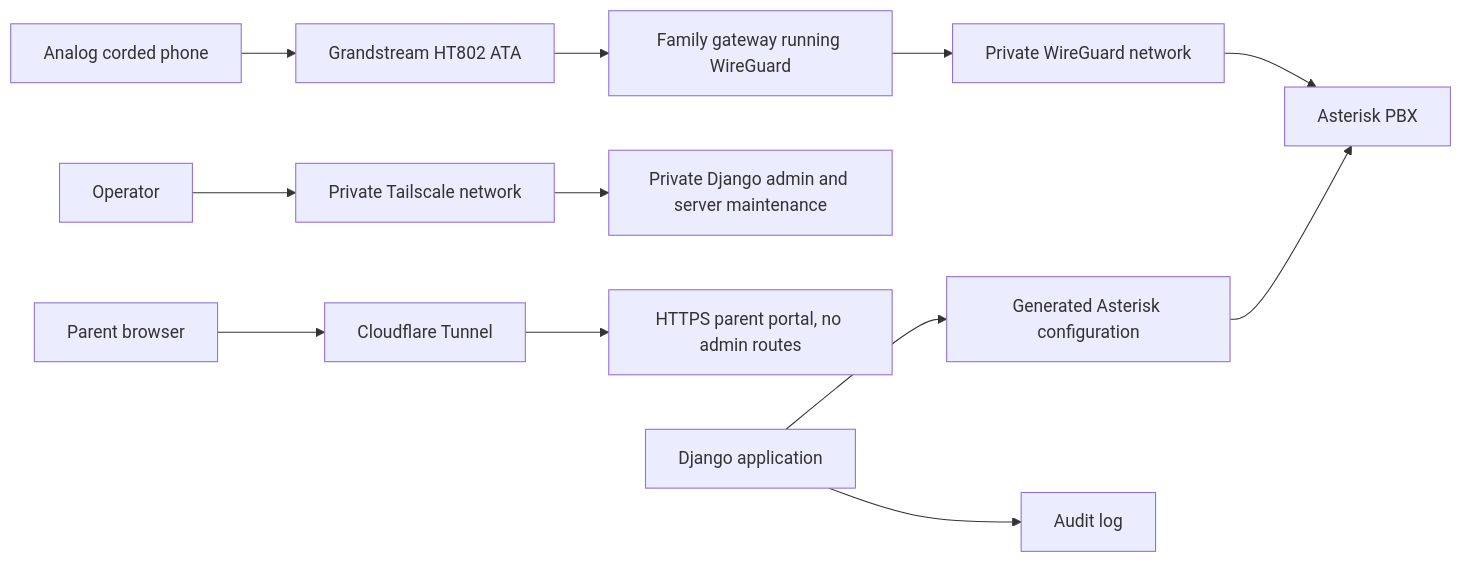
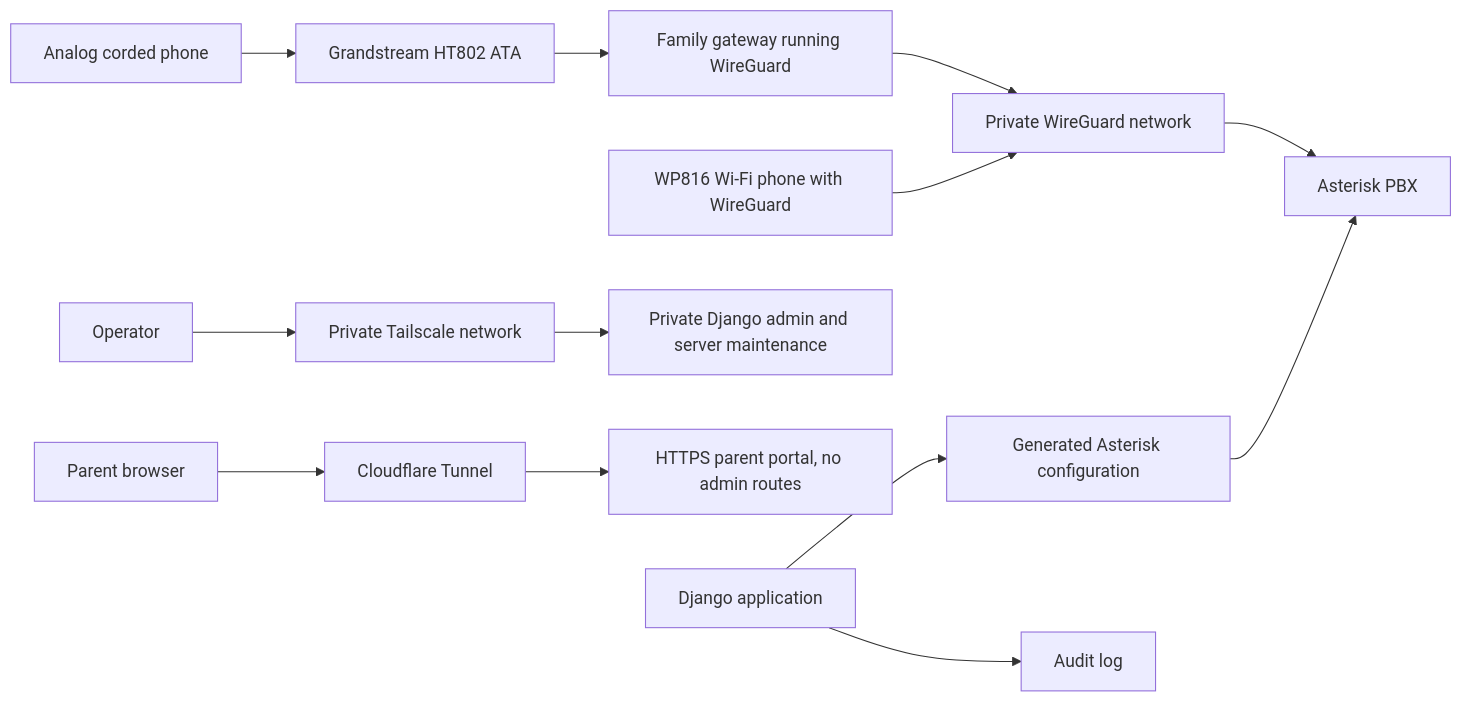
One commit to porchlab/frontporch changed the diagram in ARCHITECTURE.md. Above: the diagram before and after it, drawn with Mermaid. The commit also changed other lines of this file and 39 other files, not shown here.

Commit message:
Add WP816 provisioning pilot and family-owned WireGuard peers

````diff
--- a/ARCHITECTURE.md
+++ b/ARCHITECTURE.md
@@ -16,14 +16,15 @@
 ```mermaid
 flowchart LR
     Phone["Analog corded phone"] --> ATA["Grandstream HT802 ATA"]
     ATA --> Gateway["Family gateway running WireGuard"]
     Gateway --> WireGuard["Private WireGuard network"]
+    WP816["WP816 Wi-Fi phone with WireGuard"] --> WireGuard
     WireGuard --> Asterisk["Asterisk PBX"]
     Operator["Operator"] --> Tailscale["Private Tailscale network"]
     Tailscale --> Admin["Private Django admin and server maintenance"]
     Parent["Parent browser"] --> Tunnel["Cloudflare Tunnel"]
     Tunnel --> Portal["HTTPS parent portal, no admin routes"]
     Django["Django application"] --> Config["Generated Asterisk configuration"]
     Config --> Asterisk
     Django --> Audit["Audit log"]
 ```
````
